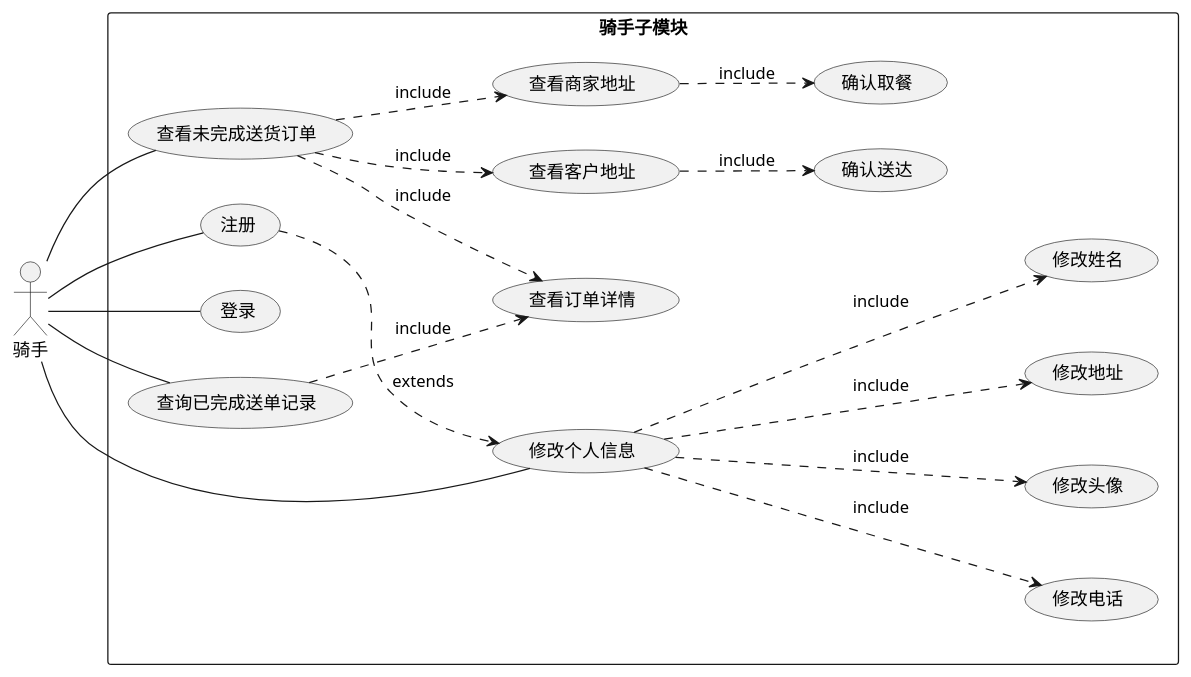
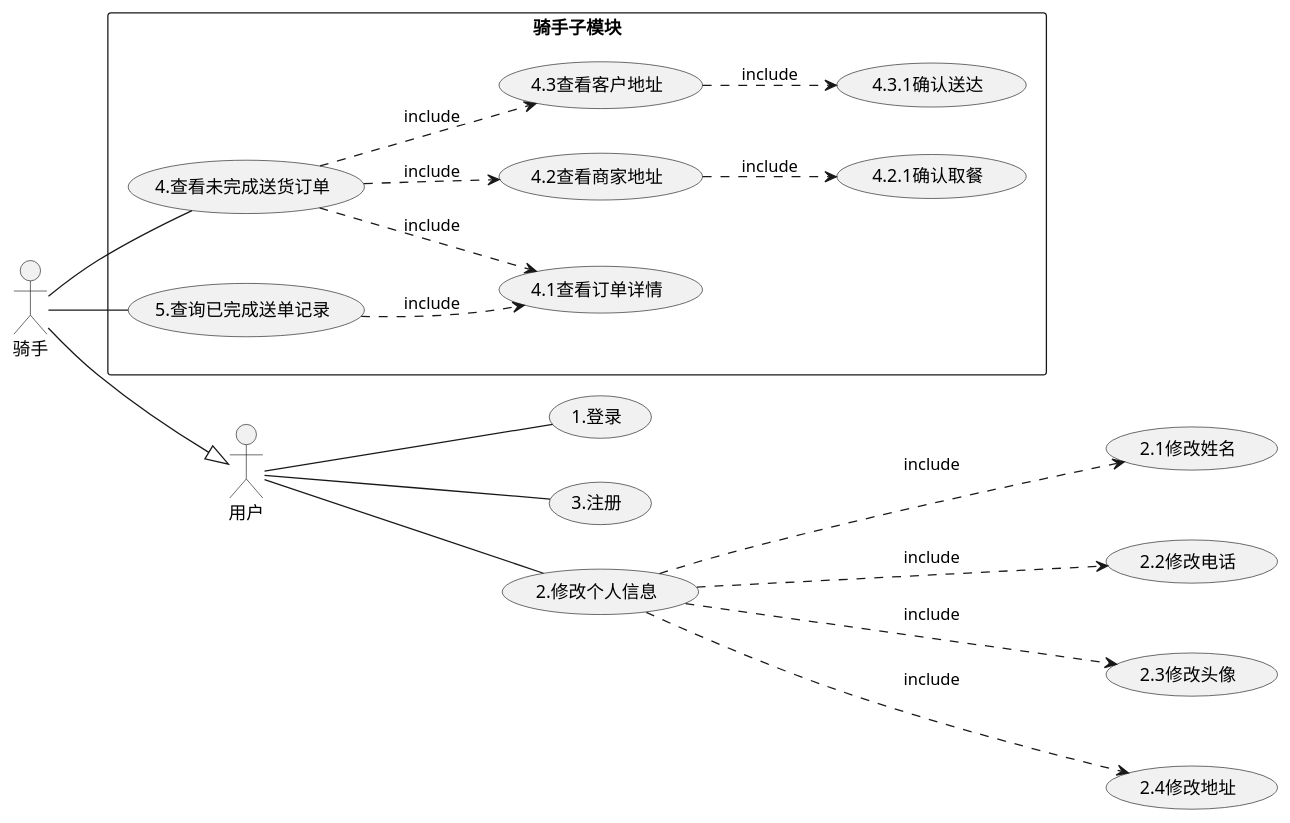
One commit to dawn1206/ruran2UML changed the diagram in src/骑手功能性需求分析.puml. Above: the diagram before and after it, drawn with PlantUML. The commit also changed 4 other files, not shown here.

```diff
--- a/src/骑手功能性需求分析.puml
+++ b/src/骑手功能性需求分析.puml
@@ -1,36 +1,28 @@
 @startuml
 'https://plantuml.com/use-case-diagram
 left to right direction
 
+
 rectangle 骑手子模块{
+usecase 4.查看未完成送货订单
+usecase 5.查询已完成送单记录
 
-usecase 注册
-usecase 修改个人信息
+(4.查看未完成送货订单) ..> (4.1查看订单详情):include
+(4.查看未完成送货订单) ..> (4.2查看商家地址):include
+(4.查看未完成送货订单) ..> (4.3查看客户地址):include
+(4.3查看客户地址) ..> (4.3.1确认送达):include
+(4.2查看商家地址)..>(4.2.1确认取餐):include
+(5.查询已完成送单记录)..> (4.1查看订单详情):include
+}
+骑手 -- (4.查看未完成送货订单)
+骑手 -- (5.查询已完成送单记录)
 
-(修改个人信息)...>(修改姓名):include
-(修改个人信息)...>(修改电话):include
-(修改个人信息)...>(修改头像):include
-(修改个人信息)...>(修改地址):include
-
-usecase 登录
-
-usecase 查看未完成送货订单
-
-(查看未完成送货订单) ..> (查看订单详情):include
-(查看未完成送货订单) ..> (查看商家地址):include
-(查看未完成送货订单) ..> (查看客户地址):include
-(查看客户地址) ..> (确认送达):include
-(查看商家地址)..>(确认取餐):include
-usecase 确认送达
-
-usecase 查询已完成送单记录
-
-(查询已完成送单记录)..> (查看订单详情):include
-(注册) ..> (修改个人信息):extends
-}
-骑手 -- (查看未完成送货订单)
-骑手 -- (修改个人信息)
-骑手 -- (查询已完成送单记录)
-骑手 -- (登录)
-骑手 -- (注册)
+用户 -- (1.登录)
+用户 -- (3.注册)
+用户 -- (2.修改个人信息)
+骑手 --|> 用户
+(2.修改个人信息)...>(2.1修改姓名):include
+(2.修改个人信息)...>(2.2修改电话):include
+(2.修改个人信息)...>(2.3修改头像):include
+(2.修改个人信息)...>(2.4修改地址):include
 @enduml
```
